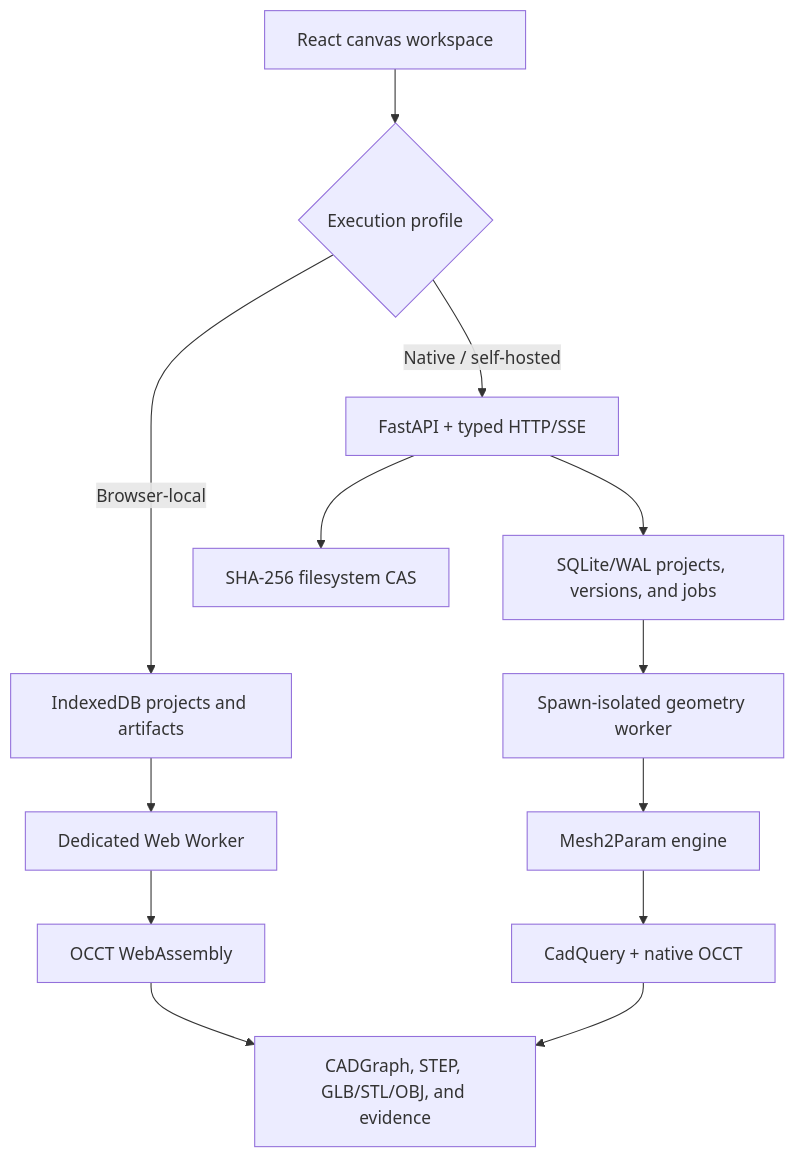
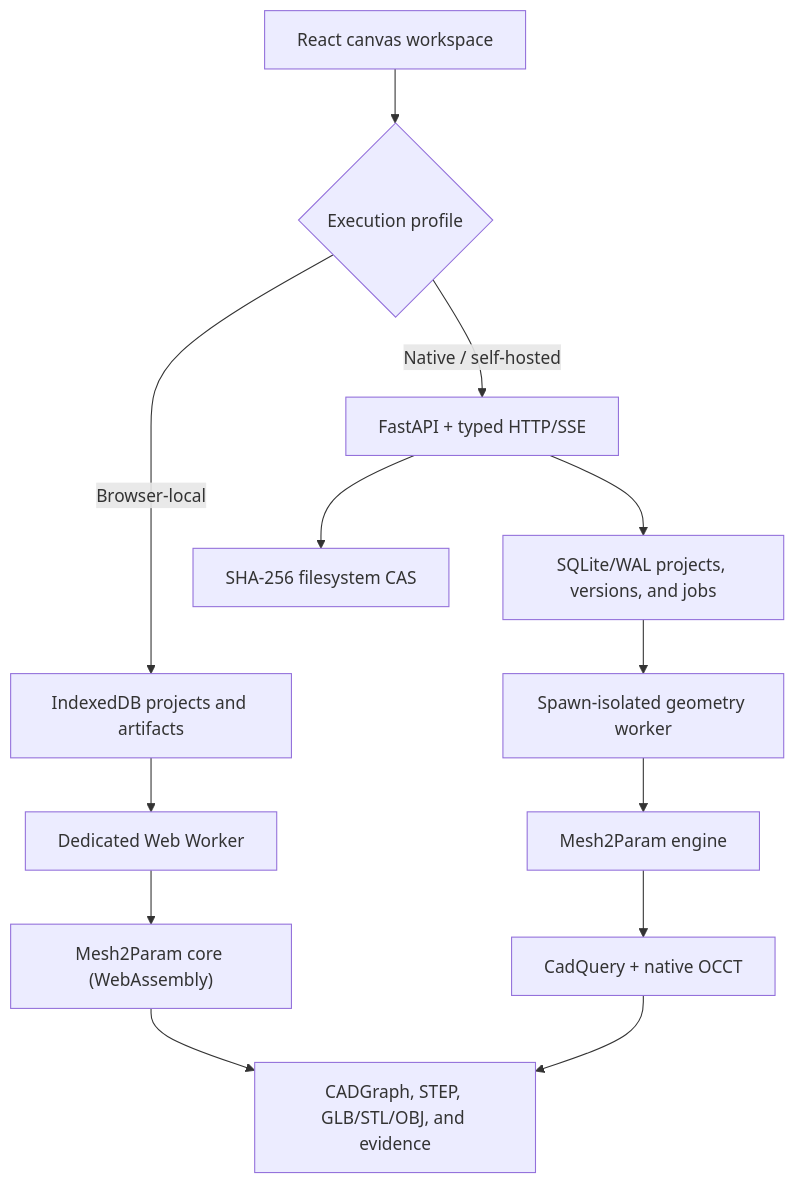
One commit to esaueng/Mesh2Param changed the diagram in README.md. Above: the diagram before and after it, drawn with Mermaid. The commit also changed other lines of this file and 46 other files, not shown here.

````diff
--- a/README.md
+++ b/README.md
@@ -74,15 +74,15 @@
 ```mermaid
 flowchart TD
   UI["React canvas workspace"] --> MODE{"Execution profile"}
   MODE -->|"Browser-local"| IDB["IndexedDB projects and artifacts"]
   IDB --> BW["Dedicated Web Worker"]
-  BW --> WASM["OCCT WebAssembly"]
+  BW --> WASM["Mesh2Param core (WebAssembly)"]
   MODE -->|"Native / self-hosted"| API["FastAPI + typed HTTP/SSE"]
   API --> DB["SQLite/WAL projects, versions, and jobs"]
   API --> CAS["SHA-256 filesystem CAS"]
   DB --> GW["Spawn-isolated geometry worker"]
   GW --> ENG["Mesh2Param engine"]
   ENG --> OCCT["CadQuery + native OCCT"]
   WASM --> OUT["CADGraph, STEP, GLB/STL/OBJ, and evidence"]
   OCCT --> OUT
 ```
````
